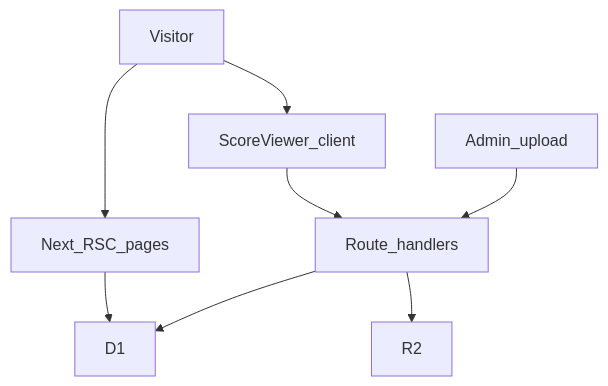
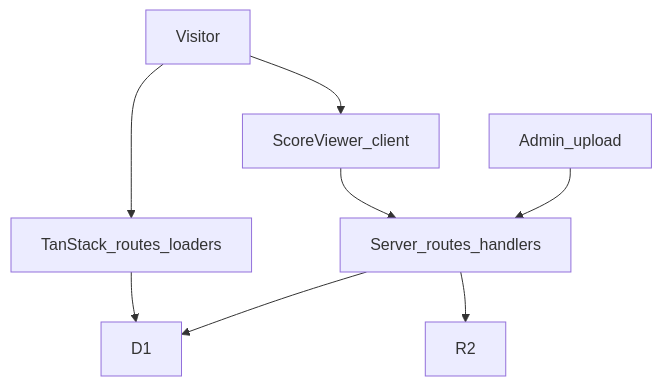
The second of 2 diagrams in docs/architecture.md (xuchenhao001/clear-clef), drawn with Mermaid before and after one commit. The commit also changed other lines of this file and 156 other files, not shown here.

First line of the commit message:
Migrate from Next.js to TanStack Start on Cloudflare Workers

````diff
--- a/docs/architecture.md
+++ b/docs/architecture.md
@@ -36,17 +36,17 @@
 ```mermaid
 flowchart TB
   visitor[Visitor]
-  pages[Next_RSC_pages]
+  routes[TanStack_routes_loaders]
   viewer[ScoreViewer_client]
-  api[Route_handlers]
+  api[Server_routes_handlers]
   d1[D1]
   r2[R2]
   admin[Admin_upload]
-  visitor --> pages
-  pages --> d1
+  visitor --> routes
+  routes --> d1
   visitor --> viewer
   viewer --> api
   api --> r2
   admin --> api
   api --> d1
 ```
````
